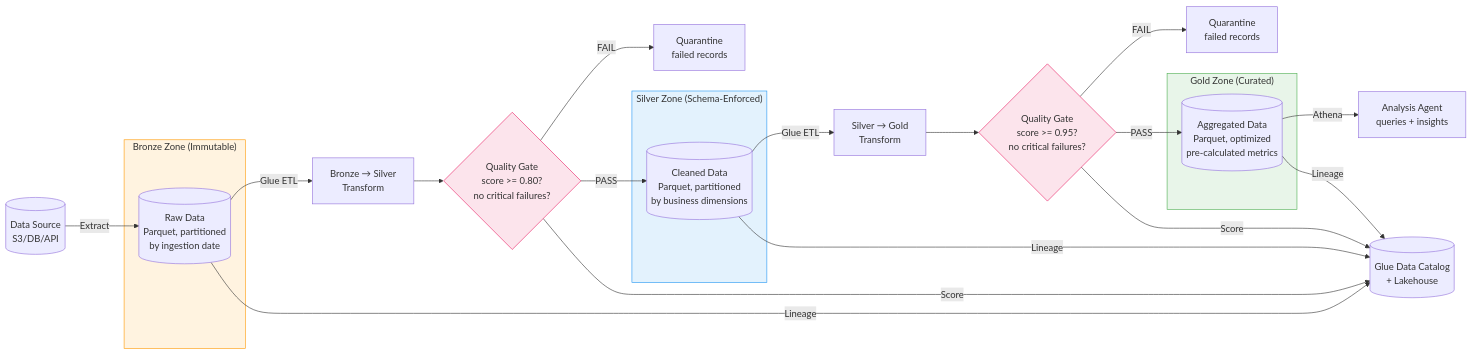
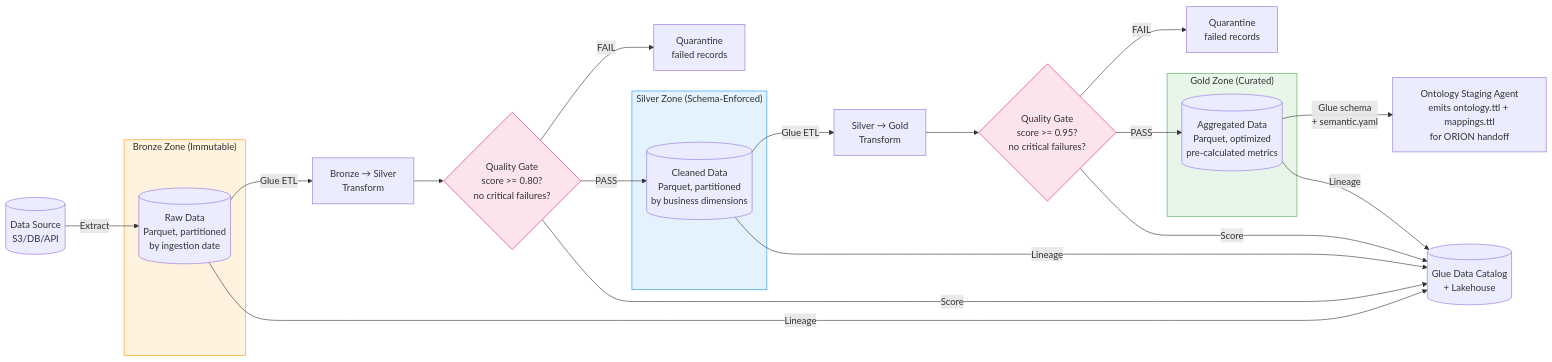
Before and after one commit to aws-samples/sample-Agentic-Ai-Data-Operations: the fourth of 5 diagrams in docs/workflow-diagrams.md, drawn with Mermaid. The commit also changed other lines of this file and 69 other files, not shown here.

````diff
--- a/docs/workflow-diagrams.md
+++ b/docs/workflow-diagrams.md
@@ -244,40 +244,40 @@
 ```mermaid
 flowchart LR
     SOURCE[(Data Source<br/>S3/DB/API)] -->|Extract| BRONZE
 
     subgraph BRONZE_ZONE["Bronze Zone (Immutable)"]
         BRONZE[(Raw Data<br/>Parquet, partitioned<br/>by ingestion date)]
     end
 
     BRONZE -->|Glue ETL| TRANSFORM_BS[Bronze → Silver<br/>Transform]
     TRANSFORM_BS --> QG1{Quality Gate<br/>score >= 0.80?<br/>no critical failures?}
     QG1 -->|FAIL| QUARANTINE1[Quarantine<br/>failed records]
     QG1 -->|PASS| SILVER
 
     subgraph SILVER_ZONE["Silver Zone (Schema-Enforced)"]
         SILVER[(Cleaned Data<br/>Parquet, partitioned<br/>by business dimensions)]
     end
 
     SILVER -->|Glue ETL| TRANSFORM_SG[Silver → Gold<br/>Transform]
     TRANSFORM_SG --> QG2{Quality Gate<br/>score >= 0.95?<br/>no critical failures?}
     QG2 -->|FAIL| QUARANTINE2[Quarantine<br/>failed records]
     QG2 -->|PASS| GOLD
 
     subgraph GOLD_ZONE["Gold Zone (Curated)"]
         GOLD[(Aggregated Data<br/>Parquet, optimized<br/>pre-calculated metrics)]
     end
 
-    GOLD -->|Athena| ANALYSIS[Analysis Agent<br/>queries + insights]
+    GOLD -->|Glue schema<br/>+ semantic.yaml| STAGING[Ontology Staging Agent<br/>emits ontology.ttl + mappings.ttl<br/>for ORION handoff]
 
     BRONZE -->|Lineage| CATALOG[(Glue Data Catalog<br/>+ Lakehouse)]
     SILVER -->|Lineage| CATALOG
     GOLD -->|Lineage| CATALOG
     QG1 -->|Score| CATALOG
     QG2 -->|Score| CATALOG
 
     style BRONZE_ZONE fill:#fff3e0,stroke:#ff9800
     style SILVER_ZONE fill:#e3f2fd,stroke:#2196f3
     style GOLD_ZONE fill:#e8f5e9,stroke:#4caf50
     style QG1 fill:#fce4ec,stroke:#e91e63
     style QG2 fill:#fce4ec,stroke:#e91e63
 ```
````
